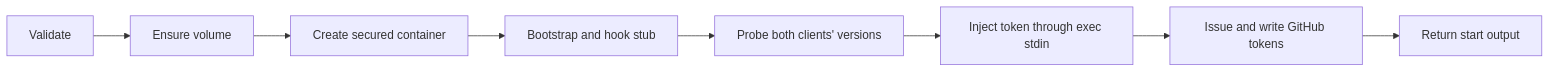
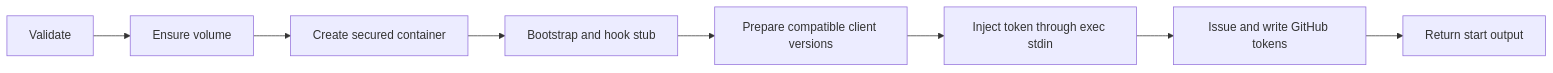
The diagram in docs/docker-broker-protocol.md (ophis/agent-pm), drawn with Mermaid before and after one commit. The commit also changed other lines of this file and 39 other files, not shown here.

````diff
--- a/docs/docker-broker-protocol.md
+++ b/docs/docker-broker-protocol.md
@@ -148,10 +165,10 @@
 ```mermaid
 flowchart LR
     V[Validate] --> W[Ensure volume]
     W --> C[Create secured container]
     C --> B[Bootstrap and hook stub]
-    B --> P[Probe both clients' versions]
+    B --> P[Prepare compatible client versions]
     P --> T[Inject token through exec stdin]
     T --> G[Issue and write GitHub tokens]
     G --> O[Return start output]
 ```
````
